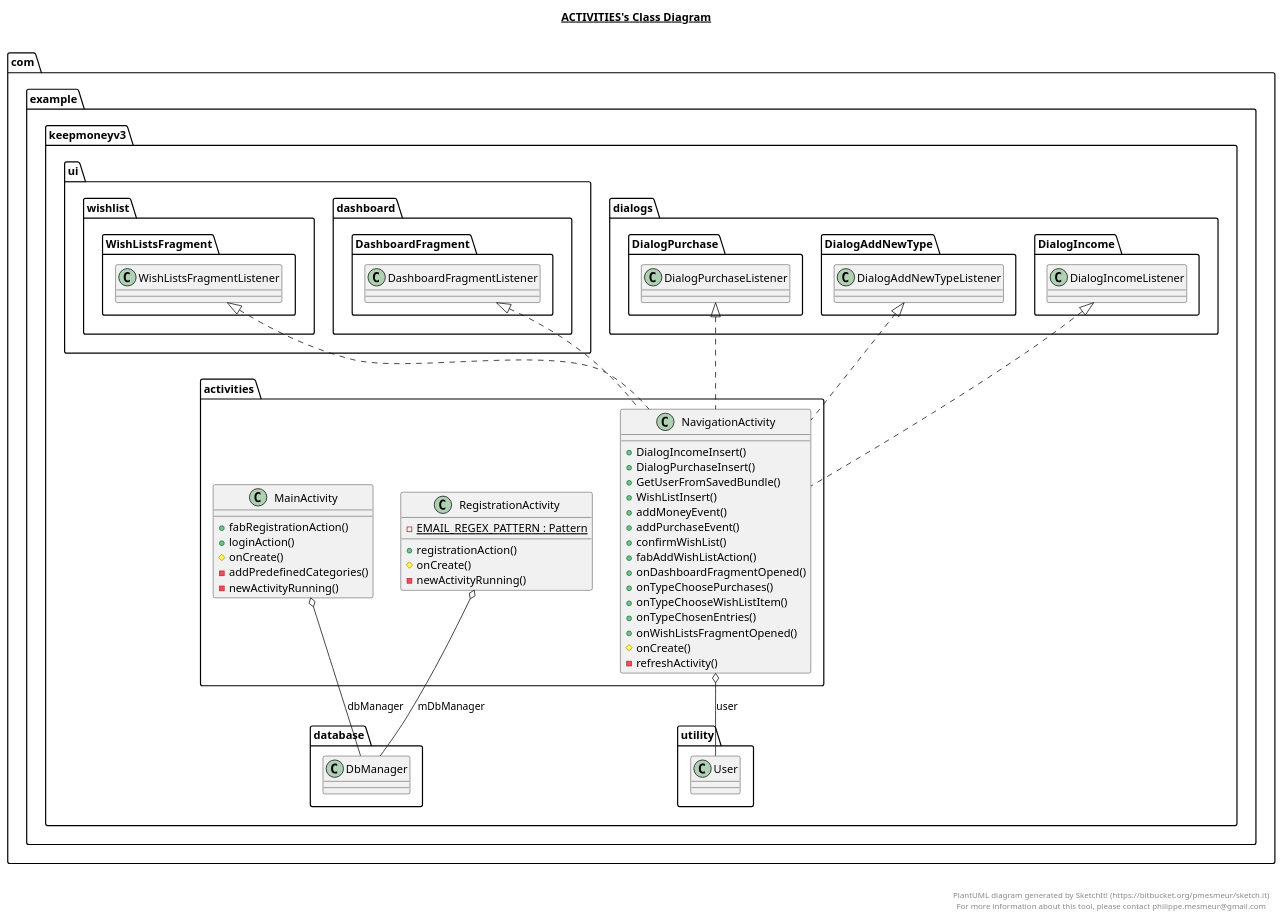
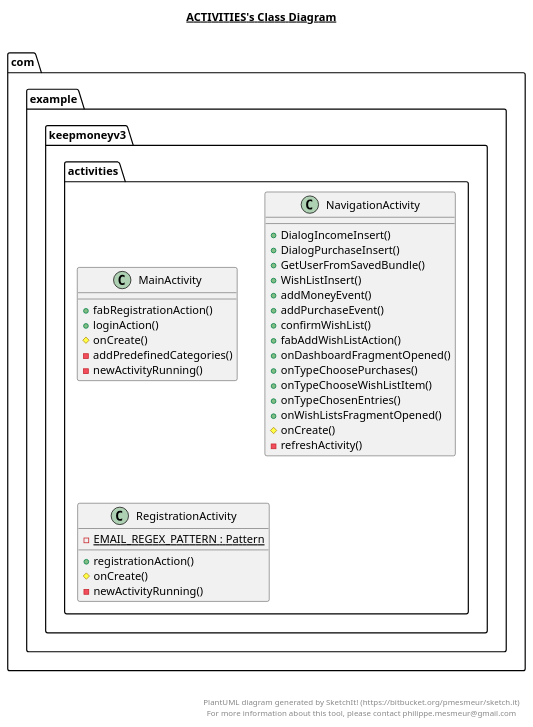
The diagram in app/src/main/java/com/example/keepmoneyv3/activities/activities.plantuml (GiacomoDetomaso/KeepMoneyV3), drawn with PlantUML before and after one commit. The commit also changed 46 other files, not shown here.

```diff
--- a/app/src/main/java/com/example/keepmoneyv3/activities/activities.plantuml
+++ b/app/src/main/java/com/example/keepmoneyv3/activities/activities.plantuml
@@ -1,70 +1,60 @@
 @startuml
 
 title __ACTIVITIES's Class Diagram__\n
 
   namespace com.example.keepmoneyv3 {
     namespace activities {
       class com.example.keepmoneyv3.activities.MainActivity {
           + fabRegistrationAction()
           + loginAction()
           # onCreate()
           - addPredefinedCategories()
           - newActivityRunning()
       }
     }
   }
   
 
   namespace com.example.keepmoneyv3 {
     namespace activities {
       class com.example.keepmoneyv3.activities.NavigationActivity {
           + DialogIncomeInsert()
           + DialogPurchaseInsert()
           + GetUserFromSavedBundle()
           + WishListInsert()
           + addMoneyEvent()
           + addPurchaseEvent()
           + confirmWishList()
           + fabAddWishListAction()
           + onDashboardFragmentOpened()
           + onTypeChoosePurchases()
           + onTypeChooseWishListItem()
           + onTypeChosenEntries()
           + onWishListsFragmentOpened()
           # onCreate()
           - refreshActivity()
       }
     }
   }
   
 
   namespace com.example.keepmoneyv3 {
     namespace activities {
       class com.example.keepmoneyv3.activities.RegistrationActivity {
           {static} - EMAIL_REGEX_PATTERN : Pattern
           + registrationAction()
           # onCreate()
           - newActivityRunning()
       }
     }
   }
 
 
-  com.example.keepmoneyv3.activities.MainActivity o-- com.example.keepmoneyv3.database.DbManager : dbManager
-  com.example.keepmoneyv3.activities.NavigationActivity .up.|> com.example.keepmoneyv3.dialogs.DialogAddNewType.DialogAddNewTypeListener
-  com.example.keepmoneyv3.activities.NavigationActivity .up.|> com.example.keepmoneyv3.dialogs.DialogIncome.DialogIncomeListener
-  com.example.keepmoneyv3.activities.NavigationActivity .up.|> com.example.keepmoneyv3.dialogs.DialogPurchase.DialogPurchaseListener
-  com.example.keepmoneyv3.activities.NavigationActivity .up.|> com.example.keepmoneyv3.ui.dashboard.DashboardFragment.DashboardFragmentListener
-  com.example.keepmoneyv3.activities.NavigationActivity .up.|> com.example.keepmoneyv3.ui.wishlist.WishListsFragment.WishListsFragmentListener
-  com.example.keepmoneyv3.activities.NavigationActivity o-- com.example.keepmoneyv3.utility.User : user
-  com.example.keepmoneyv3.activities.RegistrationActivity o-- com.example.keepmoneyv3.database.DbManager : mDbManager
-
-
 right footer
 
 
 PlantUML diagram generated by SketchIt! (https://bitbucket.org/pmesmeur/sketch.it)
 For more information about this tool, please contact philippe.mesmeur@gmail.com
 endfooter
 
 @enduml
```
